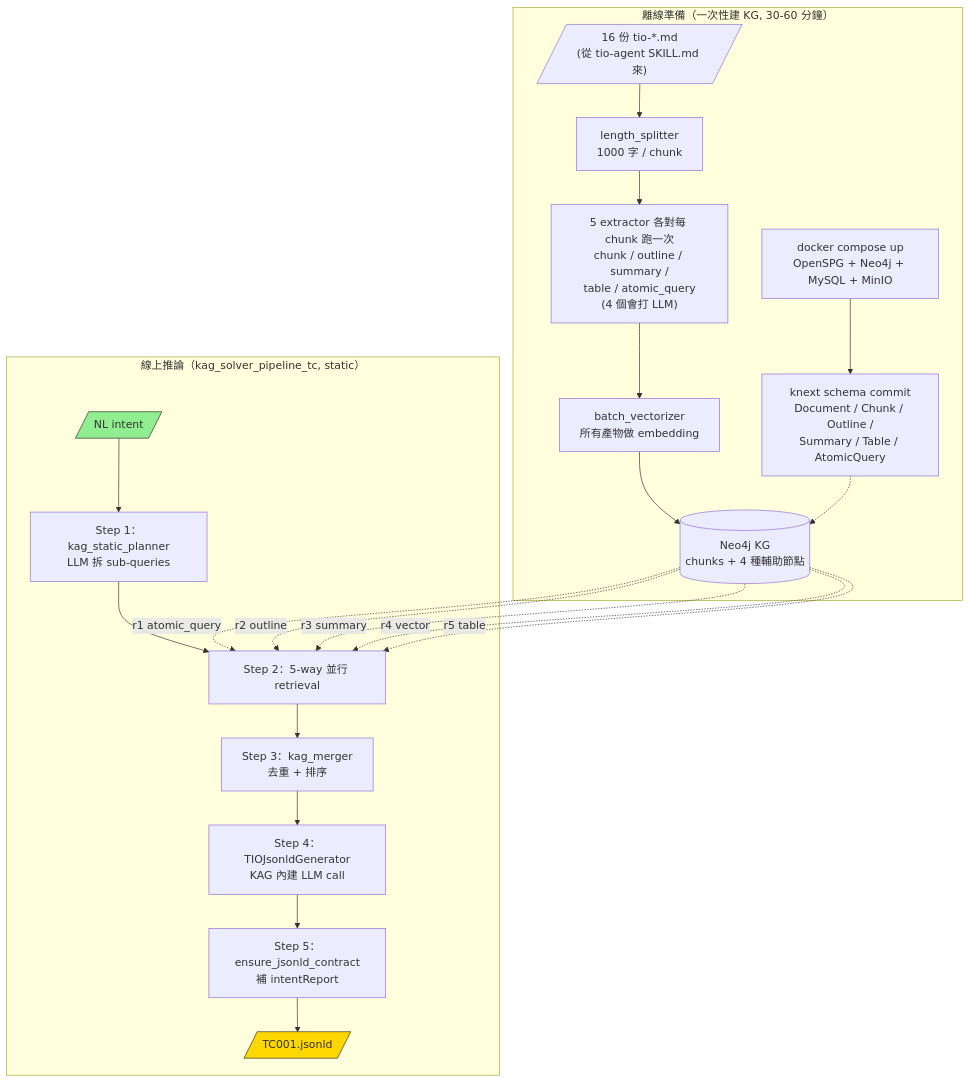
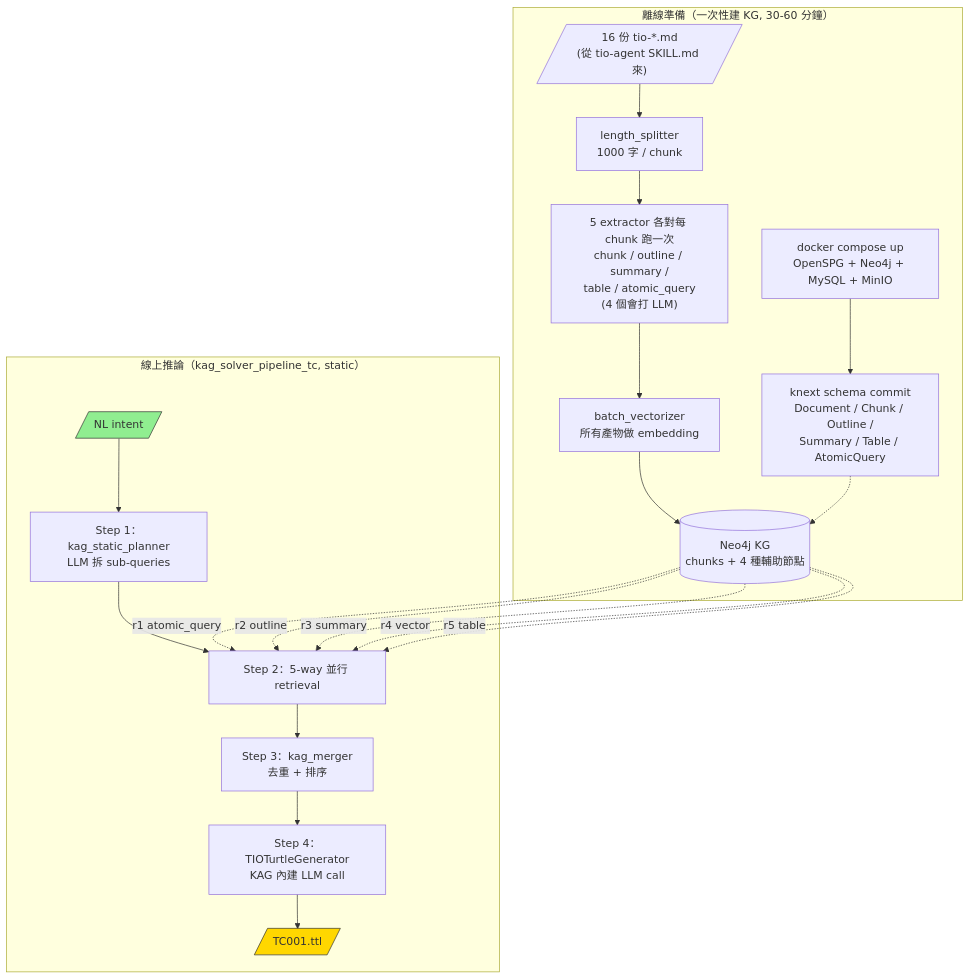
The third of 3 diagrams in mechanism.md (grantyehh/NL_Translate_TIO), drawn with Mermaid before and after one commit. The commit also changed other lines of this file and 5 other files, not shown here.

````diff
--- a/mechanism.md
+++ b/mechanism.md
@@ -480,32 +479,31 @@
 ```mermaid
 flowchart TD
     subgraph Offline["離線準備（一次性建 KG, 30-60 分鐘）"]
         Docker["docker compose up<br/>OpenSPG + Neo4j + MySQL + MinIO"]
         Docker --> Schema["knext schema commit<br/>Document / Chunk / Outline /<br/>Summary / Table / AtomicQuery"]
         Corpus[/"16 份 tio-*.md<br/>(從 tio-agent SKILL.md 來)"/]
         Corpus --> Split["length_splitter<br/>1000 字 / chunk"]
         Split --> Ext["5 extractor 各對每 chunk 跑一次<br/>chunk / outline / summary /<br/>table / atomic_query<br/>(4 個會打 LLM)"]
         Ext --> Vec["batch_vectorizer<br/>所有產物做 embedding"]
         Vec --> Neo4j[("Neo4j KG<br/>chunks + 4 種輔助節點")]
         Schema -.-> Neo4j
     end
 
     subgraph Online["線上推論（kag_solver_pipeline_tc, static）"]
         NL[/"NL intent"/]
         NL --> Plan["Step 1：kag_static_planner<br/>LLM 拆 sub-queries"]
         Plan --> R5["Step 2：5-way 並行 retrieval"]
         R5 --> Merger["Step 3：kag_merger<br/>去重 + 排序"]
-        Merger --> Gen["Step 4：TIOJsonldGenerator<br/>KAG 內建 LLM call"]
-        Gen --> Contract["Step 5：ensure_jsonld_contract<br/>補 intentReport"]
-        Contract --> Out[/"TC001.jsonld"/]
+        Merger --> Gen["Step 4：TIOTurtleGenerator<br/>KAG 內建 LLM call"]
+        Gen --> Out[/"TC001.ttl"/]
     end
 
     Neo4j -. r1 atomic_query .-> R5
     Neo4j -. r2 outline .-> R5
     Neo4j -. r3 summary .-> R5
     Neo4j -. r4 vector .-> R5
     Neo4j -. r5 table .-> R5
 
     style NL fill:#90EE90,stroke:#333
     style Out fill:#FFD700,stroke:#333
 ```
````
